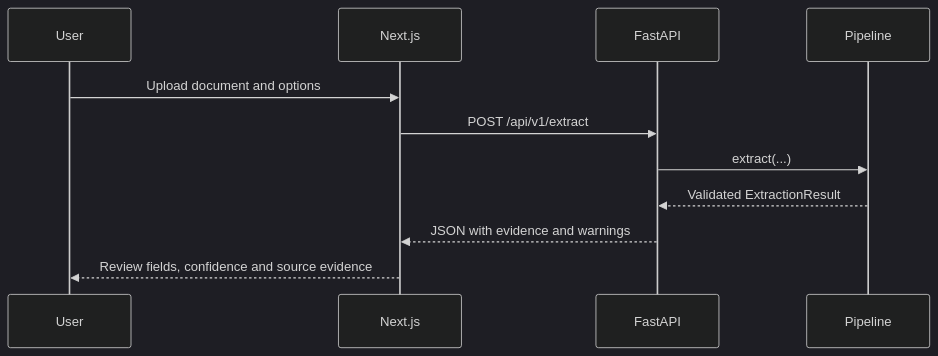
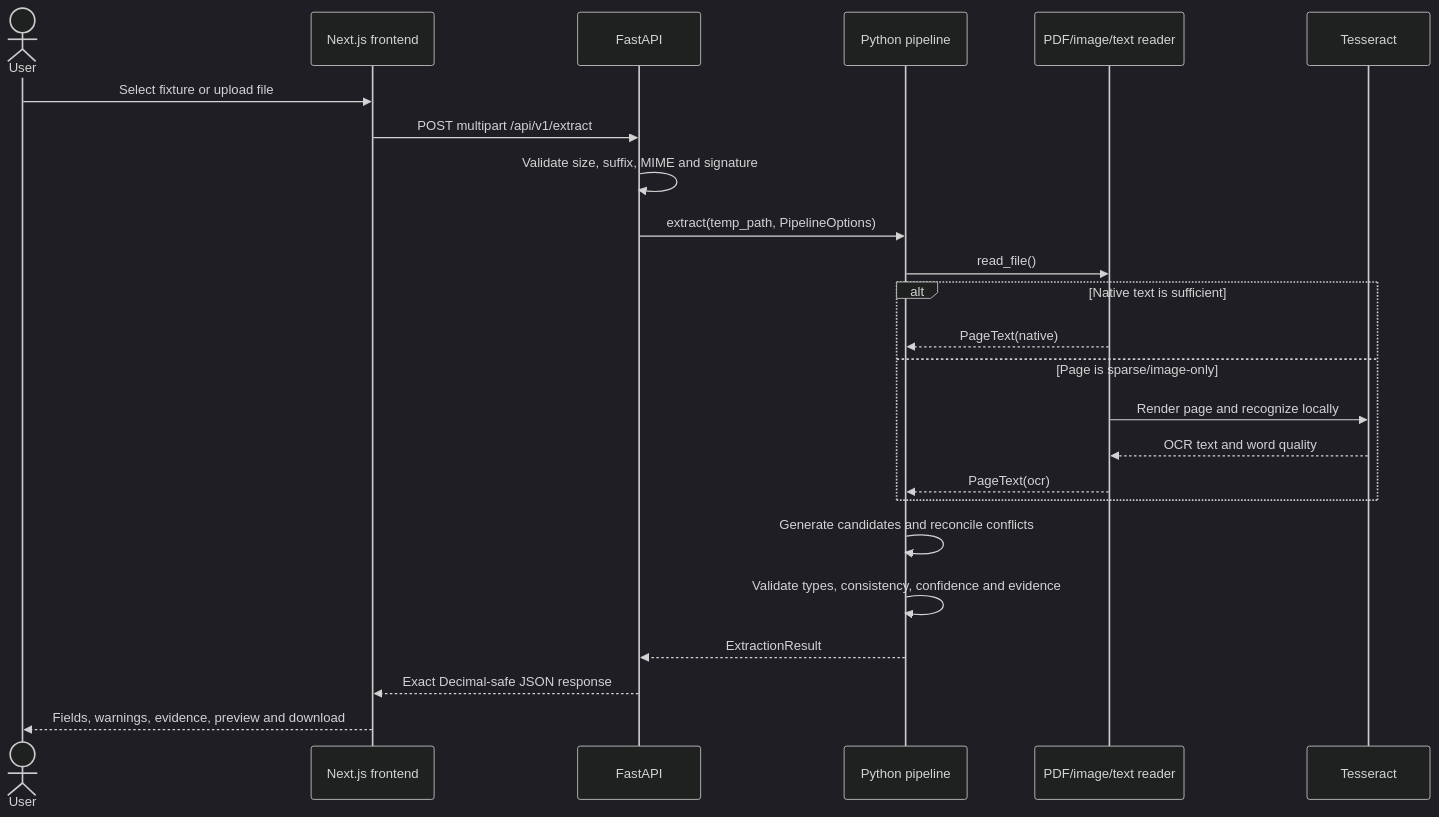
One commit to HUSNAIN-MUNAWAR/change-order-intelligence-platform changed the third of 8 diagrams in README.md. Above: the diagram before and after it, drawn with Mermaid (dark theme). The commit also changed other lines of this file, not shown here.

Commit message:
Expand README architecture and OCR diagrams

````diff
--- a/README.md
+++ b/README.md
@@ -82,13 +124,26 @@
 ```mermaid
 sequenceDiagram
-    participant User
-    participant Next as Next.js
-    participant FastAPI
-    participant Pipeline
-    User->>Next: Upload document and options
-    Next->>FastAPI: POST /api/v1/extract
-    FastAPI->>Pipeline: extract(...)
-    Pipeline-->>FastAPI: Validated ExtractionResult
-    FastAPI-->>Next: JSON with evidence and warnings
-    Next-->>User: Review fields, confidence and source evidence
+    actor User
+    participant UI as Next.js frontend
+    participant API as FastAPI
+    participant Engine as Python pipeline
+    participant Reader as PDF/image/text reader
+    participant OCR as Tesseract
+    User->>UI: Select fixture or upload file
+    UI->>API: POST multipart /api/v1/extract
+    API->>API: Validate size, suffix, MIME and signature
+    API->>Engine: extract(temp_path, PipelineOptions)
+    Engine->>Reader: read_file()
+    alt Native text is sufficient
+        Reader-->>Engine: PageText(native)
+    else Page is sparse/image-only
+        Reader->>OCR: Render page and recognize locally
+        OCR-->>Reader: OCR text and word quality
+        Reader-->>Engine: PageText(ocr)
+    end
+    Engine->>Engine: Generate candidates and reconcile conflicts
+    Engine->>Engine: Validate types, consistency, confidence and evidence
+    Engine-->>API: ExtractionResult
+    API-->>UI: Exact Decimal-safe JSON response
+    UI-->>User: Fields, warnings, evidence, preview and download
 ```
````
